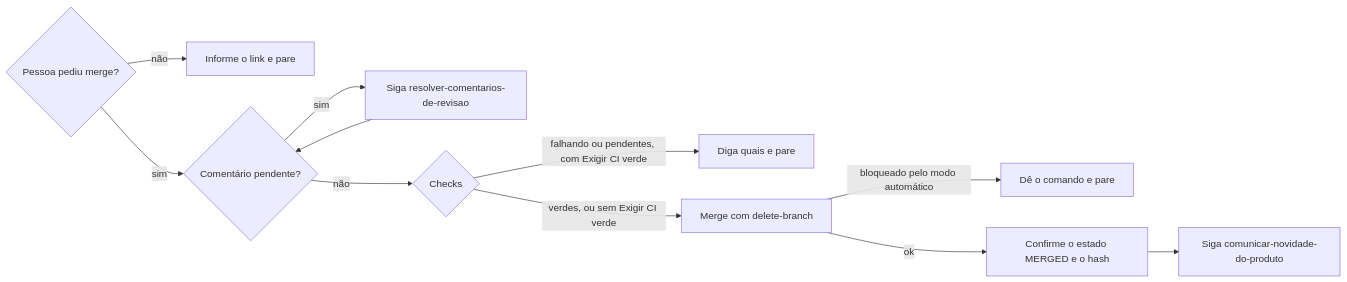
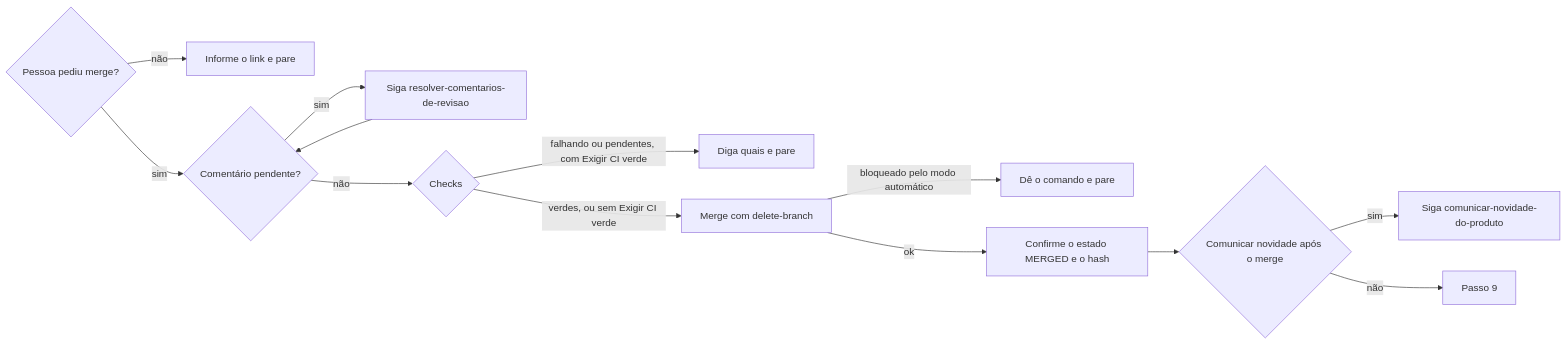
The diagram in .agents/skills/criar-pull-request/SKILL.md (jimmyandrade/harness), drawn with Mermaid before and after one commit. The commit also changed other lines of this file, not shown here.

Commit message:
fix(criar-pull-request): respect the opt-out in the merge flowchart (#87)
Route a confirmed merge through the "Comunicar novidade após o merge" decision, so a project that sets it to "não" goes straight to step 9.

````diff
--- a/.agents/skills/criar-pull-request/SKILL.md
+++ b/.agents/skills/criar-pull-request/SKILL.md
@@ -72,13 +72,15 @@
 ```mermaid
 flowchart LR
   A{Pessoa pediu merge?} -->|não| B[Informe o link e pare]
   A -->|sim| C{Comentário pendente?}
   C -->|sim| D[Siga resolver-comentarios-de-revisao]
   D --> C
   C -->|não| E{Checks}
   E -->|falhando ou pendentes, com Exigir CI verde| F[Diga quais e pare]
   E -->|verdes, ou sem Exigir CI verde| G[Merge com delete-branch]
   G -->|bloqueado pelo modo automático| H[Dê o comando e pare]
   G -->|ok| I[Confirme o estado MERGED e o hash]
-  I --> J[Siga comunicar-novidade-do-produto]
+  I --> J{Comunicar novidade após o merge}
+  J -->|sim| K[Siga comunicar-novidade-do-produto]
+  J -->|não| L[Passo 9]
 ```
````
